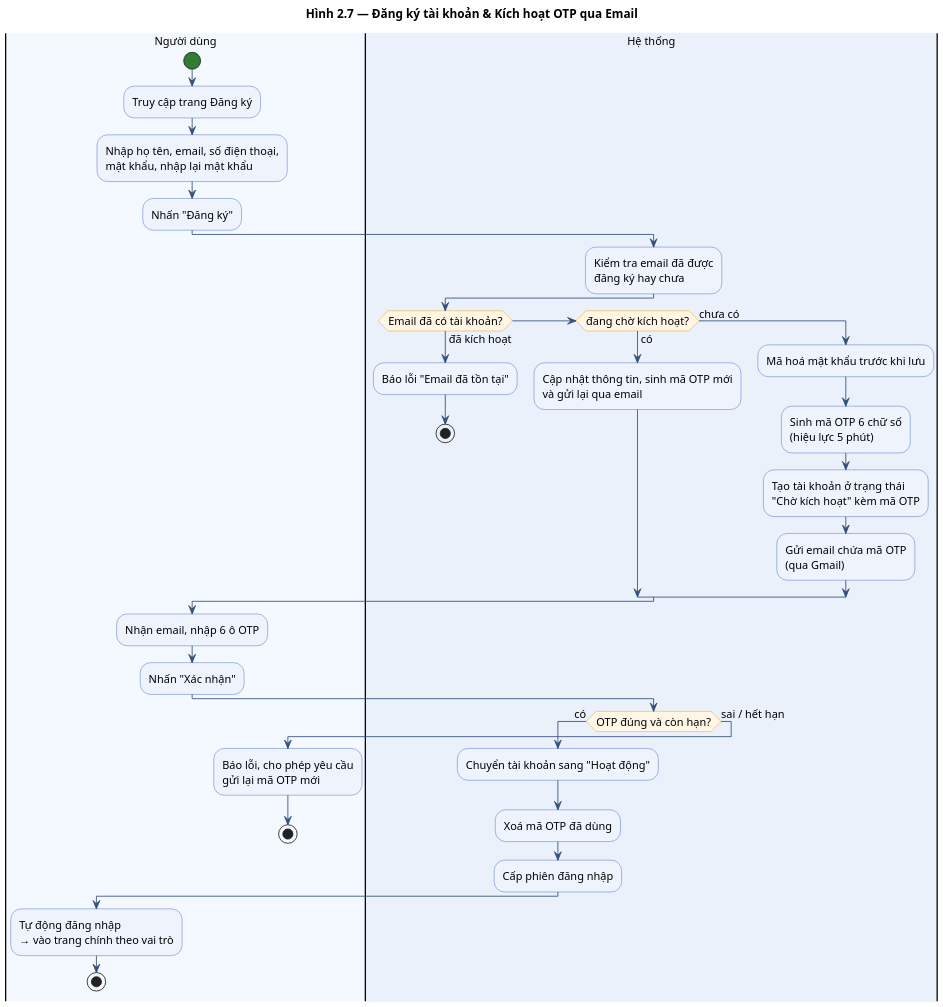
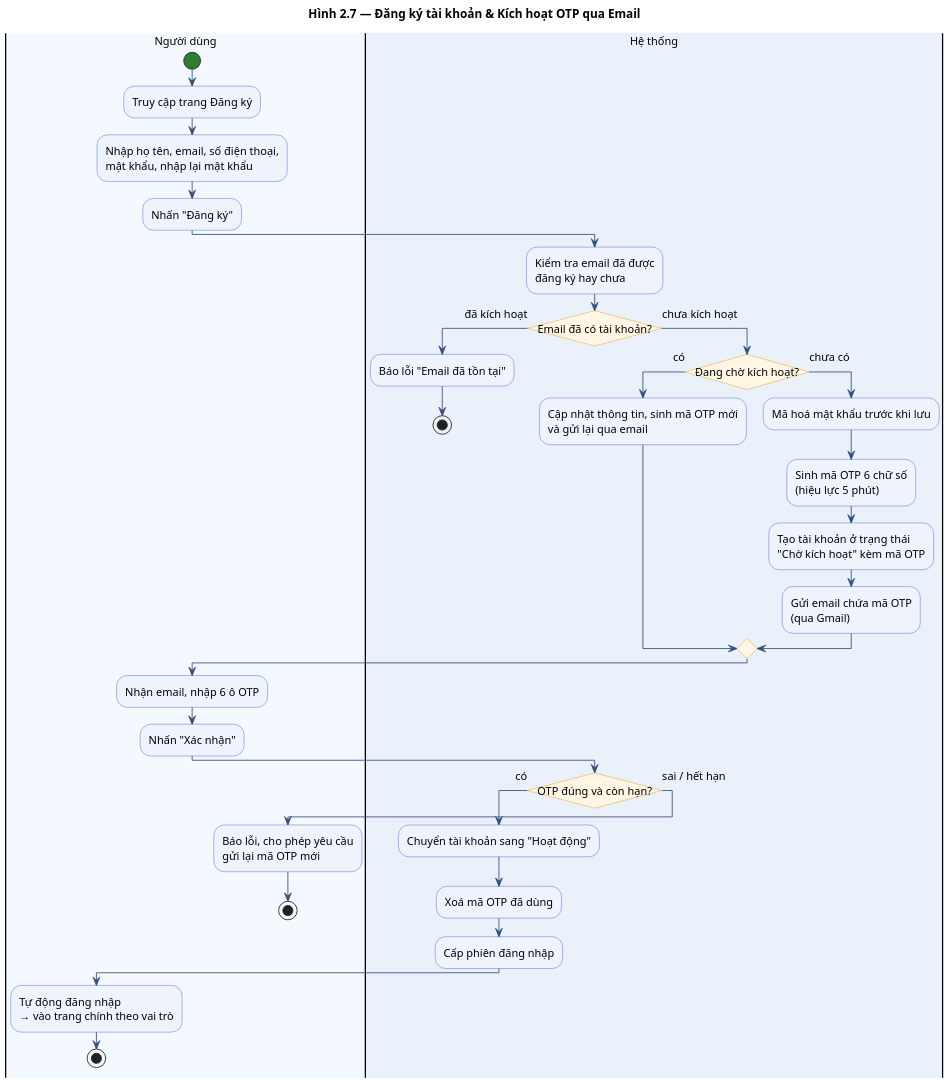
One commit to DiepTuHuy/Hostel_Management changed the diagram in docs/diagrams/2.07_act_register_otp.puml. Above: the diagram before and after it, drawn with PlantUML. The commit also changed 18 other files, not shown here.

Commit message:
Triển khai tính năng xóa tài khoản người dùng thực tế cho Admin: bổ sung API DELETE /api/users/:id ở backend xử lý cascade và liên kết gọi API ở frontend

```diff
--- a/docs/diagrams/2.07_act_register_otp.puml
+++ b/docs/diagrams/2.07_act_register_otp.puml
@@ -1,55 +1,61 @@
 @startuml Act_Register_OTP
 title Hình 2.7 — Đăng ký tài khoản & Kích hoạt OTP qua Email
 
 skinparam dpi 150
 skinparam shadowing false
 skinparam defaultFontName "Segoe UI"
 skinparam defaultFontSize 13
 skinparam ArrowColor #34507A
 skinparam activity {
   BackgroundColor #EEF3FC
   BorderColor #3A5BC7
   DiamondBackgroundColor #FFF6E5
   DiamondBorderColor #E59300
   StartColor #2E7D32
   EndColor #AD1457
 }
 
+skinparam conditionStyle InsideDiamond
+
 |#F4F8FF|Người dùng|
 start
 :Truy cập trang Đăng ký;
 :Nhập họ tên, email, số điện thoại,\nmật khẩu, nhập lại mật khẩu;
 :Nhấn "Đăng ký";
 
 |#EAF1FB|Hệ thống|
 :Kiểm tra email đã được\nđăng ký hay chưa;
 if (Email đã có tài khoản?) then (đã kích hoạt)
   :Báo lỗi "Email đã tồn tại";
   stop
-elseif (đang chờ kích hoạt?) then (có)
-  :Cập nhật thông tin, sinh mã OTP mới\nvà gửi lại qua email;
-else (chưa có)
-  :Mã hoá mật khẩu trước khi lưu;
-  :Sinh mã OTP 6 chữ số\n(hiệu lực 5 phút);
-  :Tạo tài khoản ở trạng thái\n"Chờ kích hoạt" kèm mã OTP;
-  :Gửi email chứa mã OTP\n(qua Gmail);
+else (chưa kích hoạt)
+  ' Tách elseif cũ thành một khối if lồng bên trong nhánh else
+  if (Đang chờ kích hoạt?) then (có)
+    :Cập nhật thông tin, sinh mã OTP mới\nvà gửi lại qua email;
+  else (chưa có)
+    :Mã hoá mật khẩu trước khi lưu;
+    :Sinh mã OTP 6 chữ số\n(hiệu lực 5 phút);
+    :Tạo tài khoản ở trạng thái\n"Chờ kích hoạt" kèm mã OTP;
+    :Gửi email chứa mã OTP\n(qua Gmail);
+  endif
 endif
 
 |Người dùng|
 :Nhận email, nhập 6 ô OTP;
 :Nhấn "Xác nhận";
 
 |Hệ thống|
 if (OTP đúng và còn hạn?) then (có)
   :Chuyển tài khoản sang "Hoạt động";
   :Xoá mã OTP đã dùng;
   :Cấp phiên đăng nhập;
+
   |Người dùng|
   :Tự động đăng nhập\n→ vào trang chính theo vai trò;
   stop
 else (sai / hết hạn)
   :Báo lỗi, cho phép yêu cầu\ngửi lại mã OTP mới;
   stop
 endif
 
 @enduml
```
